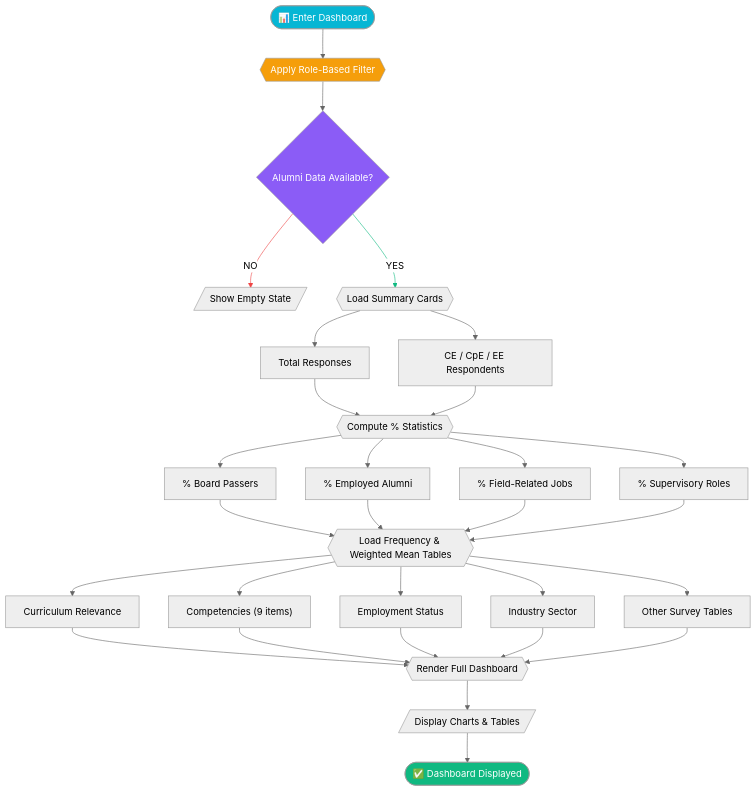
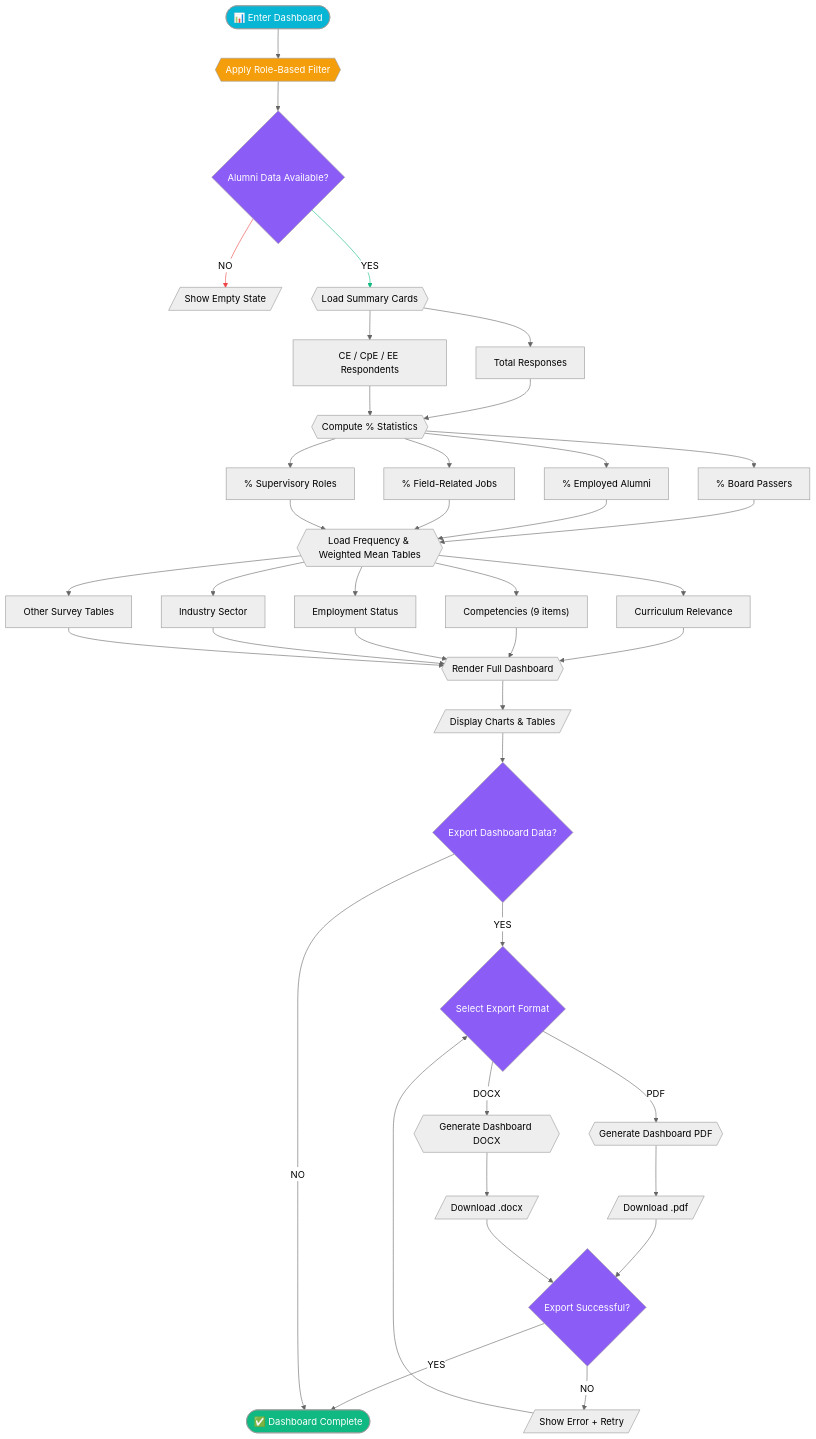
The third of 12 diagrams in docs/technical/alumni-db-flowcharts.md (rakuya-khun/alumni-db), drawn with Mermaid (neutral theme) before and after one commit. The commit also changed other lines of this file and 94 other files, not shown here.

````diff
--- a/docs/technical/alumni-db-flowcharts.md
+++ b/docs/technical/alumni-db-flowcharts.md
@@ -169,30 +169,43 @@
 ```mermaid
 flowchart TD
     A([📊 Enter Dashboard]) --> B{{"Apply Role-Based Filter"}}
     B --> C{Alumni Data Available?}
     C -- NO --> D[/"Show Empty State"/]
     C -- YES --> E{{"Load Summary Cards"}}
     E --> F["Total Responses"]
     E --> G["CE / CpE / EE Respondents"]
     F & G --> H{{"Compute % Statistics"}}
     H --> I["% Board Passers"]
     H --> J["% Employed Alumni"]
     H --> K["% Field-Related Jobs"]
     H --> L["% Supervisory Roles"]
     I & J & K & L --> M{{"Load Frequency & Weighted Mean Tables"}}
     M --> N["Curriculum Relevance"]
     M --> O["Competencies (9 items)"]
     M --> P["Employment Status"]
     M --> Q["Industry Sector"]
     M --> R["Other Survey Tables"]
     N & O & P & Q & R --> S{{"Render Full Dashboard"}}
     S --> T[/"Display Charts & Tables"/]
-    T --> U([✅ Dashboard Displayed])
+    T --> U{Export Dashboard Data?}
+    U -- YES --> V{Select Export Format}
+    V -- PDF --> W{{"Generate Dashboard PDF"}}
+    V -- DOCX --> X{{"Generate Dashboard DOCX"}}
+    W --> Y[/"Download .pdf"/]
+    X --> Z[/"Download .docx"/]
+    Y & Z --> AA{Export Successful?}
+    AA -- YES --> AB([✅ Dashboard Complete])
+    AA -- NO --> AC[/"Show Error + Retry"/]
+    AC --> V
+    U -- NO --> AB
 
     style A fill:#06b6d4,color:#fff
-    style U fill:#10b981,color:#fff
+    style AB fill:#10b981,color:#fff
     style C fill:#8b5cf6,color:#fff
+    style U fill:#8b5cf6,color:#fff
+    style V fill:#8b5cf6,color:#fff
+    style AA fill:#8b5cf6,color:#fff
     style B fill:#f59e0b,color:#fff
     linkStyle 2 stroke:#ef4444
     linkStyle 3 stroke:#10b981
 ```
````
